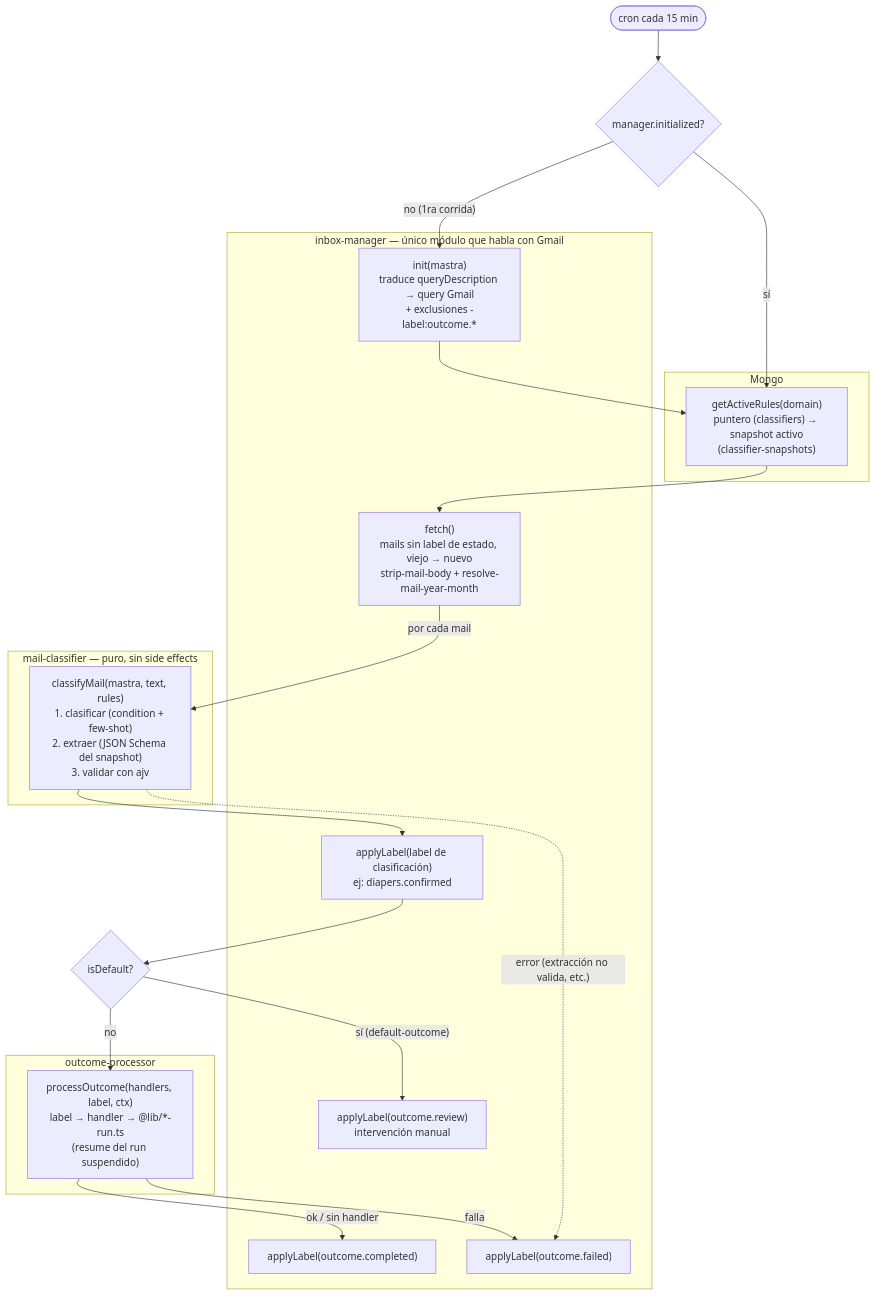
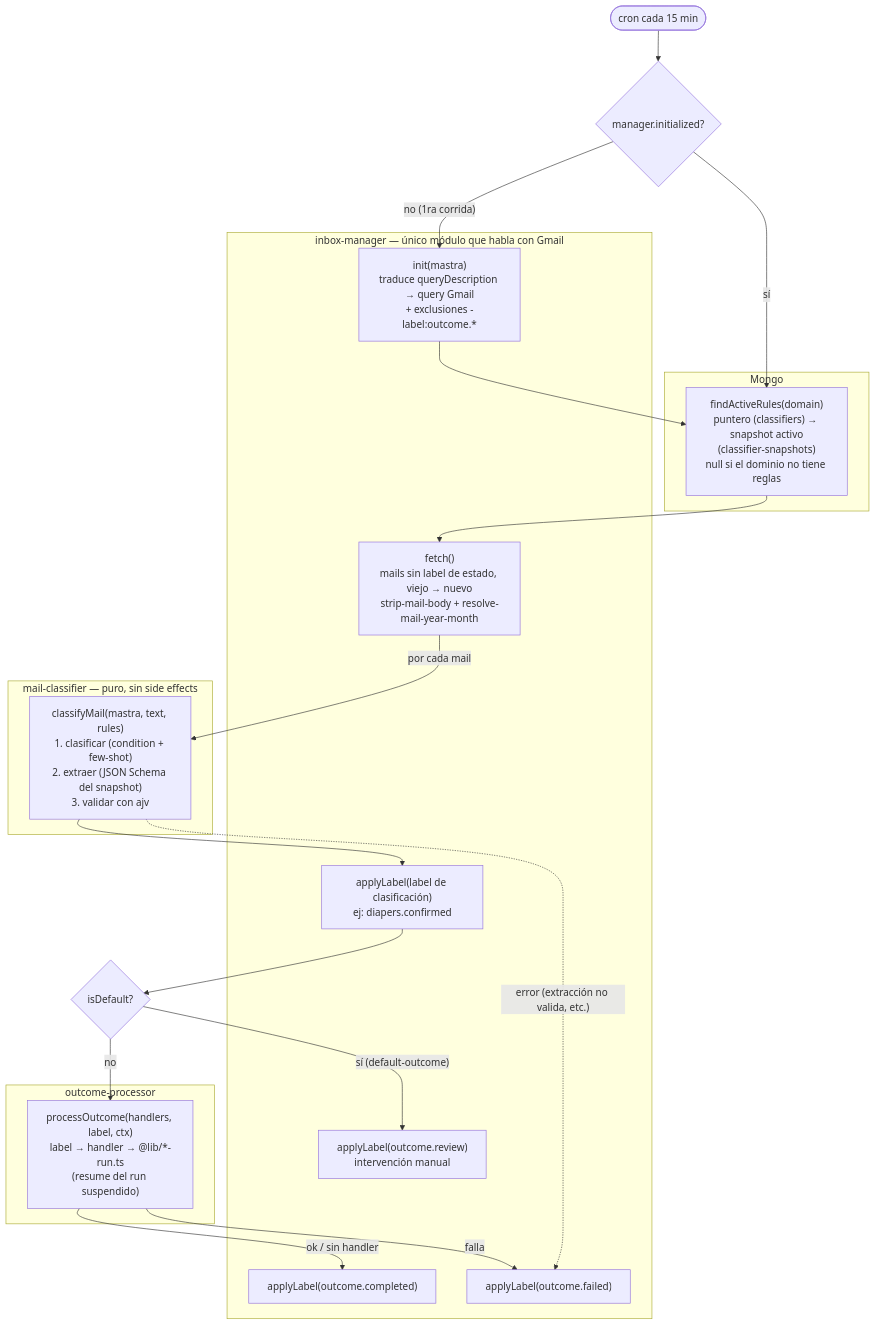
The second of 2 diagrams in docs/inbox-pipeline.md (alex-bluetrain/mostro), drawn with Mermaid before and after one commit. The commit also changed other lines of this file and 8 other files, not shown here.

First line of the commit message:
fix: saltear el poll si el dominio no tiene reglas en vez de fallar

````diff
--- a/docs/inbox-pipeline.md
+++ b/docs/inbox-pipeline.md
@@ -29,40 +29,40 @@
 ```mermaid
 flowchart TD
     CRON(["cron cada 15 min"]) --> INIT
     INIT{"manager.initialized?"}
     DEFAULT{"isDefault?"}
 
     subgraph MONGO["Mongo"]
-        RULES["getActiveRules(domain)<br/>puntero (classifiers) → snapshot activo<br/>(classifier-snapshots)"]
+        RULES["findActiveRules(domain)<br/>puntero (classifiers) → snapshot activo<br/>(classifier-snapshots)<br/>null si el dominio no tiene reglas"]
     end
 
     subgraph IM["inbox-manager — único módulo que habla con Gmail"]
         TRANSLATE["init(mastra)<br/>traduce queryDescription → query Gmail<br/>+ exclusiones -label:outcome.*"]
         FETCH["fetch()<br/>mails sin label de estado, viejo → nuevo<br/>strip-mail-body + resolve-mail-year-month"]
         LABEL["applyLabel(label de clasificación)<br/>ej: diapers.confirmed"]
         REVIEW["applyLabel(outcome.review)<br/>intervención manual"]
         COMPLETED["applyLabel(outcome.completed)"]
         FAILED["applyLabel(outcome.failed)"]
     end
 
     subgraph MC["mail-classifier — puro, sin side effects"]
         CLASSIFY["classifyMail(mastra, text, rules)<br/>1. clasificar (condition + few-shot)<br/>2. extraer (JSON Schema del snapshot)<br/>3. validar con ajv"]
     end
 
     subgraph OP["outcome-processor"]
         PROCESS["processOutcome(handlers, label, ctx)<br/>label → handler → @lib/*-run.ts<br/>(resume del run suspendido)"]
     end
 
     INIT -->|"no (1ra corrida)"| TRANSLATE
     INIT -->|"sí"| RULES
     TRANSLATE --> RULES
     RULES --> FETCH
     FETCH -->|"por cada mail"| CLASSIFY
     CLASSIFY --> LABEL
     LABEL --> DEFAULT
     DEFAULT -->|"sí (default-outcome)"| REVIEW
     DEFAULT -->|"no"| PROCESS
     PROCESS -->|"ok / sin handler"| COMPLETED
     PROCESS -->|"falla"| FAILED
     CLASSIFY -.->|"error (extracción no valida, etc.)"| FAILED
 ```
````
